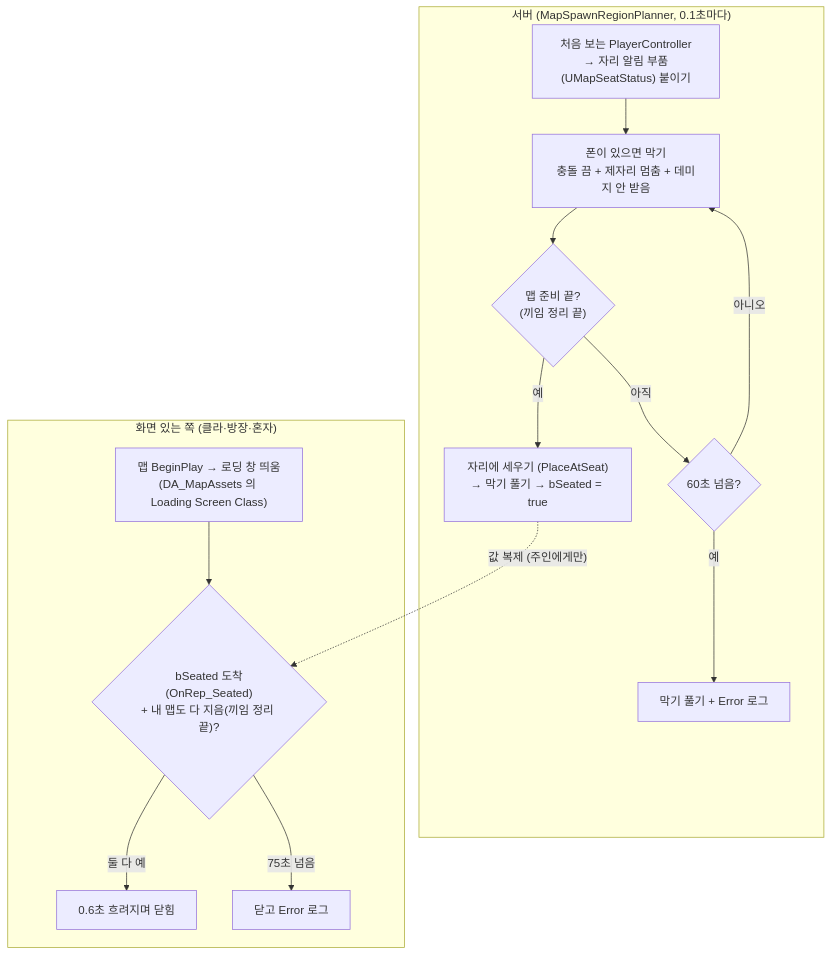
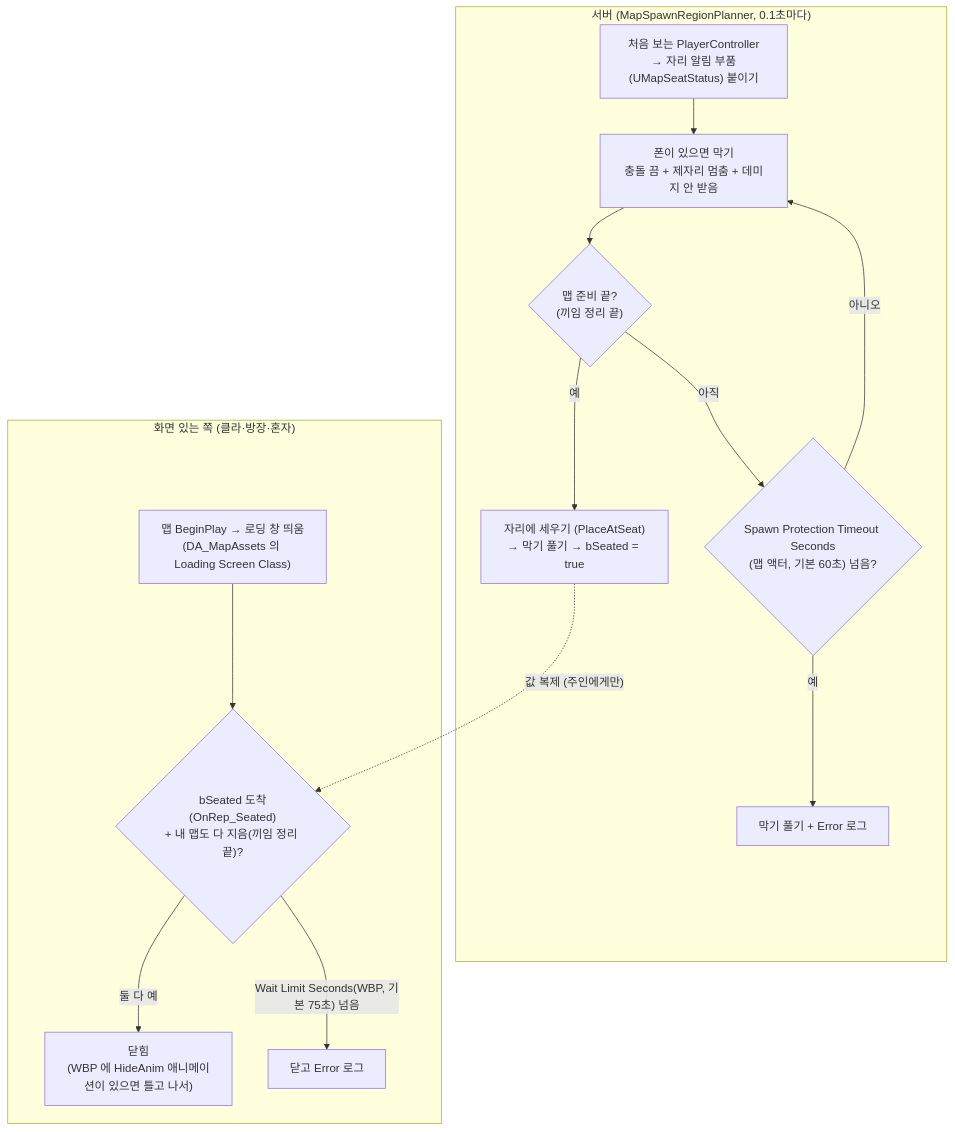
Before and after one commit to AssortRock-KDT6-Unreal-PowerAde/ProjectPG: the second of 2 diagrams in Source/ProjectPG/Private/Actors/MapBuilder/README.md, drawn with Mermaid. The commit also changed 9 other files, not shown here.

````diff
--- a/Source/ProjectPG/Private/Actors/MapBuilder/README.md
+++ b/Source/ProjectPG/Private/Actors/MapBuilder/README.md
@@ -33,17 +33,17 @@
 ```mermaid
 flowchart TD
     subgraph 서버["서버 (MapSpawnRegionPlanner, 0.1초마다)"]
         S1["처음 보는 PlayerController<br/>→ 자리 알림 부품(UMapSeatStatus) 붙이기"] --> S2["폰이 있으면 막기<br/>충돌 끔 + 제자리 멈춤 + 데미지 안 받음"]
         S2 --> S3{"맵 준비 끝?<br/>(끼임 정리 끝)"}
         S3 -- "예" --> S4["자리에 세우기 (PlaceAtSeat)<br/>→ 막기 풀기 → bSeated = true"]
-        S3 -- "아직" --> S5{"60초 넘음?"}
+        S3 -- "아직" --> S5{"Spawn Protection Timeout Seconds<br/>(맵 액터, 기본 60초) 넘음?"}
         S5 -- "예" --> S6["막기 풀기 + Error 로그"]
         S5 -- "아니오" --> S2
     end
     subgraph 화면["화면 있는 쪽 (클라·방장·혼자)"]
         C1["맵 BeginPlay → 로딩 창 띄움<br/>(DA_MapAssets 의 Loading Screen Class)"] --> C2{"bSeated 도착(OnRep_Seated)<br/>+ 내 맵도 다 지음(끼임 정리 끝)?"}
-        C2 -- "둘 다 예" --> C3["0.6초 흐려지며 닫힘"]
-        C2 -- "75초 넘음" --> C4["닫고 Error 로그"]
+        C2 -- "둘 다 예" --> C3["닫힘<br/>(WBP 에 HideAnim 애니메이션이 있으면 틀고 나서)"]
+        C2 -- "Wait Limit Seconds(WBP, 기본 75초) 넘음" --> C4["닫고 Error 로그"]
     end
     S4 -. "값 복제 (주인에게만)" .-> C2
 ```
````
